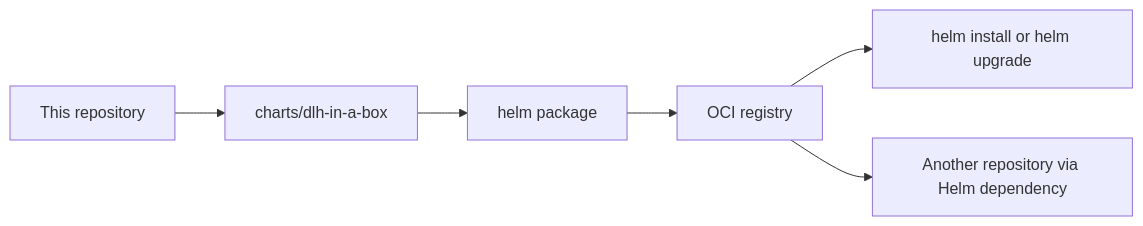
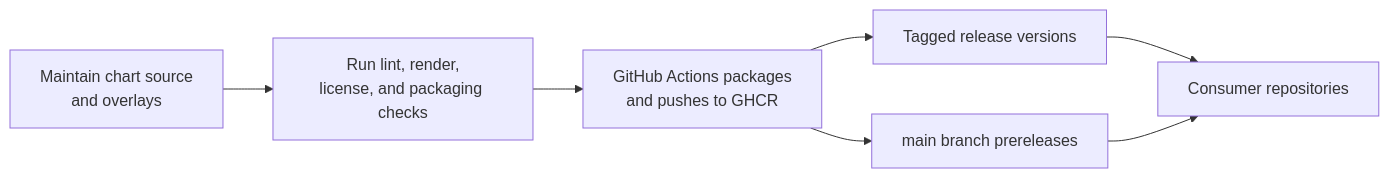
The third of 3 diagrams in README.md (sanger-pathogens/dlh-in-a-box-umbrella-helm-chart), drawn with Mermaid before and after one commit. The commit also changed other lines of this file and 42 other files, not shown here.

Commit message:
chore: strengthen public handover, release polish, and chart presentation

````diff
--- a/README.md
+++ b/README.md
@@ -86,8 +103,9 @@
 ```mermaid
 flowchart LR
-  Repo[This repository] --> ChartDir[charts/dlh-in-a-box]
-  ChartDir --> Package[helm package]
-  Package --> OCI[OCI registry]
-  OCI --> Install[helm install or helm upgrade]
-  OCI --> ConsumerRepo[Another repository via Helm dependency]
+  Author[Maintain chart source<br/>and overlays] --> Validate[Run lint, render,<br/>license, and packaging checks]
+  Validate --> Publish[GitHub Actions packages<br/>and pushes to GHCR]
+  Publish --> Stable[Tagged release versions]
+  Publish --> Prerelease[main branch prereleases]
+  Stable --> Consumers[Consumer repositories]
+  Prerelease --> Consumers
 ```
````
